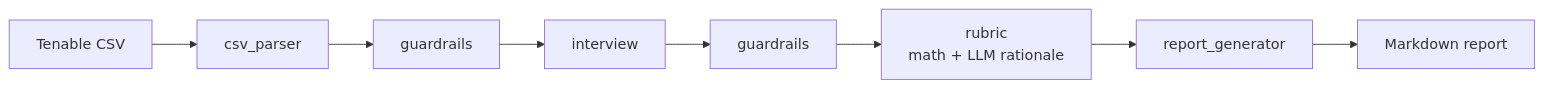
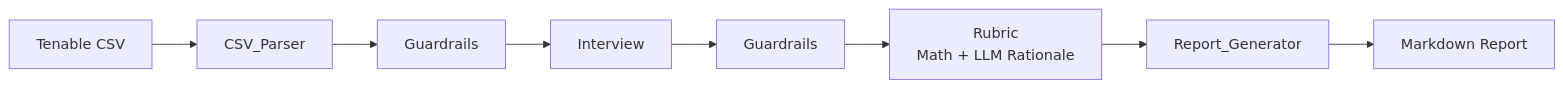
The diagram in README.md (k-isaacs/VM-Risk-Agent), drawn with Mermaid before and after one commit. The commit also changed other lines of this file, not shown here.

````diff
--- a/README.md
+++ b/README.md
@@ -42,10 +42,10 @@
 ```mermaid
 flowchart LR
-    A[Tenable CSV] --> B[csv_parser]
-    B --> C[guardrails]
-    C --> D[interview]
-    D --> E[guardrails]
-    E --> F[rubric<br/>math + LLM rationale]
-    F --> G[report_generator]
-    G --> H[Markdown report]
+    A[Tenable CSV] --> B[CSV_Parser]
+    B --> C[Guardrails]
+    C --> D[Interview]
+    D --> E[Guardrails]
+    E --> F[Rubric<br/>Math + LLM Rationale]
+    F --> G[Report_Generator]
+    G --> H[Markdown Report]
 ```
````
